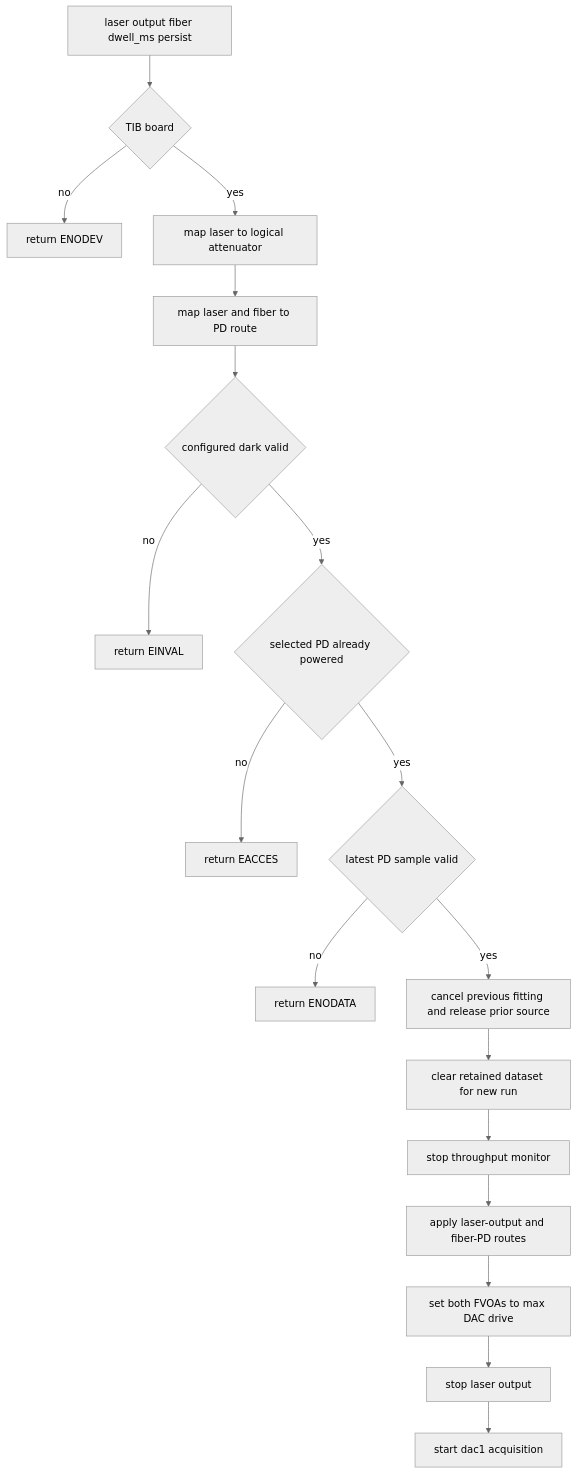
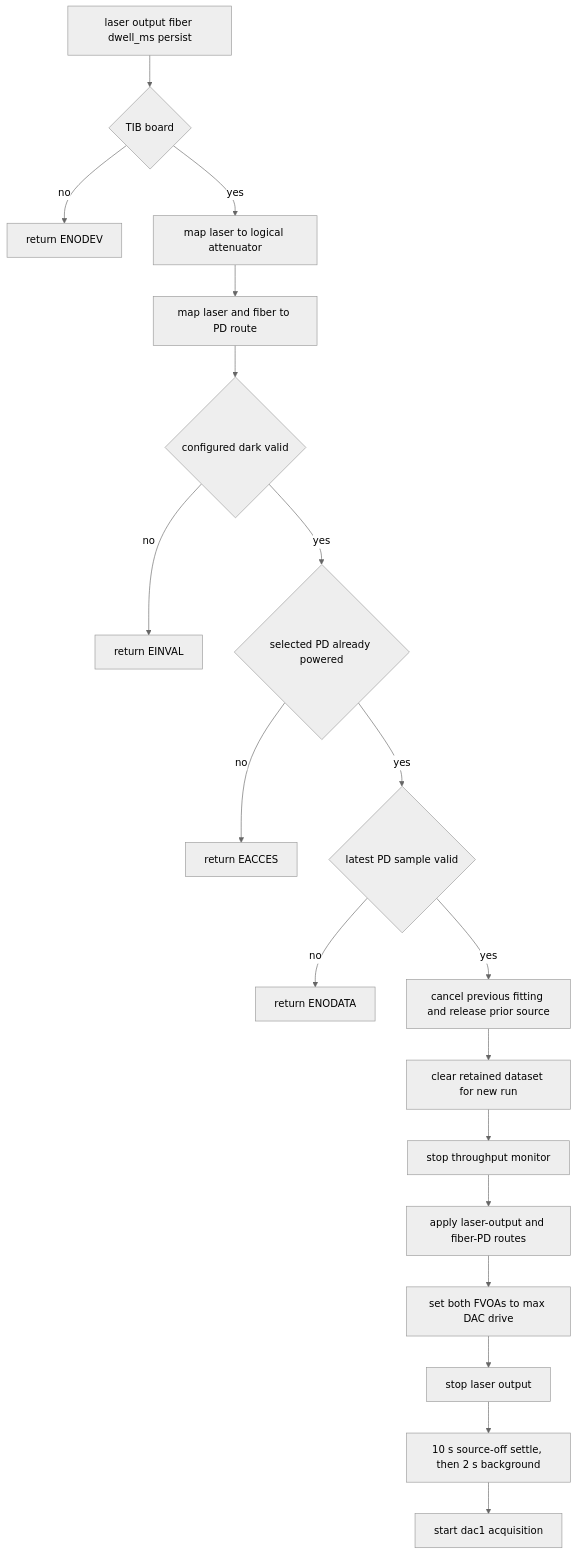
Before and after one commit to COO-Utilities/hispec-tib: the second of 7 diagrams in doc/attenuator_calibration.md, drawn with Mermaid (neutral theme). The commit also changed other lines of this file and 6 other files, not shown here.

````diff
--- a/doc/attenuator_calibration.md
+++ b/doc/attenuator_calibration.md
@@ -52,20 +52,21 @@
 ```mermaid
 flowchart TD
   Request[laser output fiber dwell_ms persist] --> Board{TIB board}
   Board -- no --> ENODEV[return ENODEV]
   Board -- yes --> LaserMap[map laser to logical attenuator]
   LaserMap --> PDRoutes[map laser and fiber to PD route]
   PDRoutes --> Dark{configured dark valid}
   Dark -- no --> EINVAL[return EINVAL]
   Dark -- yes --> PDOn{selected PD already powered}
   PDOn -- no --> EACCES[return EACCES]
   PDOn -- yes --> PDValid{latest PD sample valid}
   PDValid -- no --> ENODATA[return ENODATA]
   PDValid -- yes --> Previous[cancel previous fitting and release prior source]
   Previous --> Init[clear retained dataset for new run]
   Init --> StopTP[stop throughput monitor]
   StopTP --> Routes[apply laser-output and fiber-PD routes]
   Routes --> MaxAtten[set both FVOAs to max DAC drive]
   MaxAtten --> LaserOff[stop laser output]
-  LaserOff --> First[start dac1 acquisition]
+  LaserOff --> Background[10 s source-off settle, then 2 s background]
+  Background --> First[start dac1 acquisition]
 ```
````
